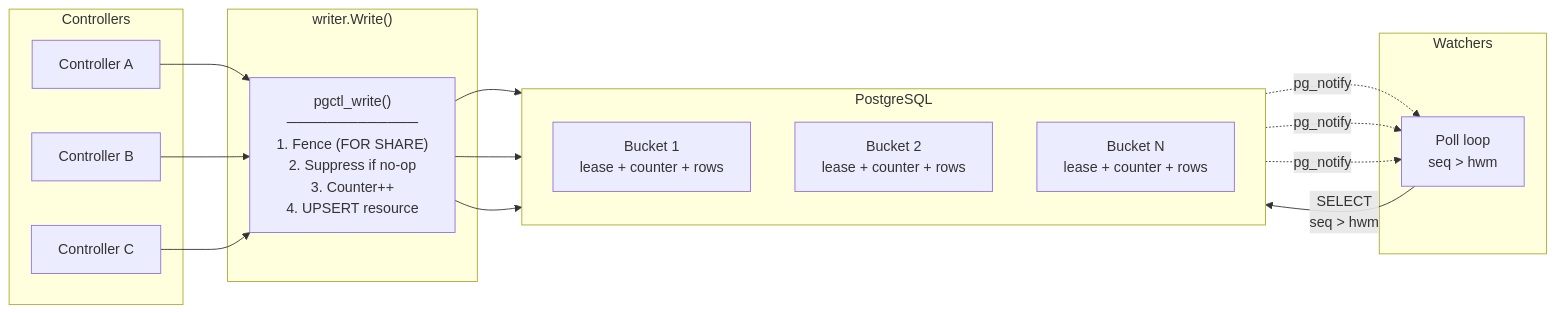
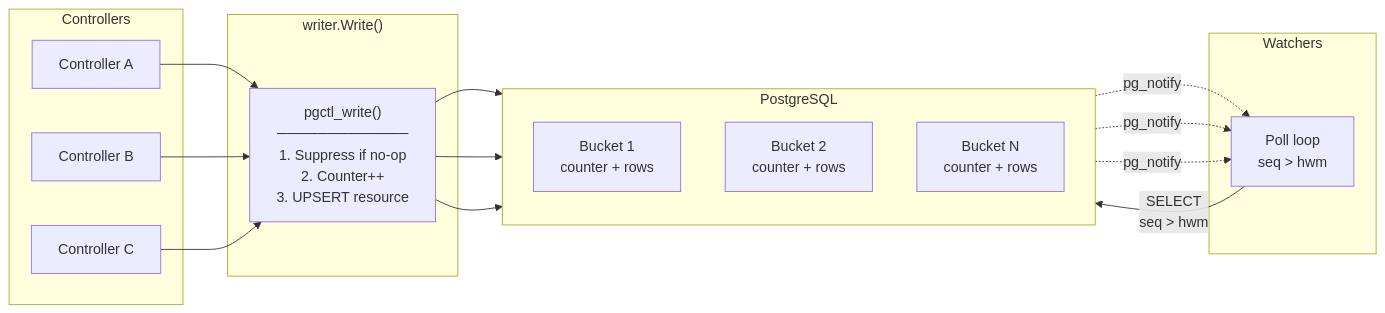
One commit to jmelis/postgres-controller-backend changed the diagram in README.md. Above: the diagram before and after it, drawn with Mermaid. The commit also changed other lines of this file and 76 other files, not shown here.

````diff
--- a/README.md
+++ b/README.md
@@ -66,39 +61,38 @@
 ```mermaid
 flowchart LR
     subgraph Controllers
         C1[Controller A]
         C2[Controller B]
         C3[Controller C]
     end
 
     subgraph "writer.Write()"
         W["pgctl_write()
         ─────────────
-        1. Fence (FOR SHARE)
-        2. Suppress if no-op
-        3. Counter++
-        4. UPSERT resource"]
+        1. Suppress if no-op
+        2. Counter++
+        3. UPSERT resource"]
     end
 
     subgraph PostgreSQL
         direction TB
-        B1["Bucket 1\n lease + counter + rows"]
-        B2["Bucket 2\n lease + counter + rows"]
-        BN["Bucket N\n lease + counter + rows"]
+        B1["Bucket 1\n counter + rows"]
+        B2["Bucket 2\n counter + rows"]
+        BN["Bucket N\n counter + rows"]
     end
 
     subgraph Watchers
         WA["Poll loop\n seq > hwm"]
     end
 
     C1 --> W
     C2 --> W
     C3 --> W
     W --> B1
     W --> B2
     W --> BN
     B1 -.->|pg_notify| WA
     B2 -.->|pg_notify| WA
     BN -.->|pg_notify| WA
     WA -->|"SELECT\n seq > hwm"| PostgreSQL
 ```
````
